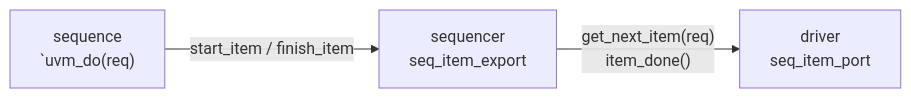
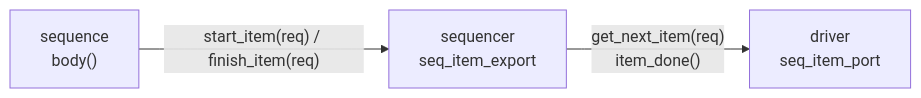
The first of 4 diagrams in docs/uvm/tlm.md (tamirgabgab/Qcom-Mentoring), drawn with Mermaid before and after one commit. The commit also changed 34 other files, not shown here.

First line of the commit message:
Docs: yapp_project tree, extern style, explicit sequences and field methods

````diff
--- a/docs/uvm/tlm.md
+++ b/docs/uvm/tlm.md
@@ -8,5 +8,5 @@
 ```mermaid
 flowchart LR
-    SEQ["sequence<br/>`uvm_do(req)"] -->|start_item / finish_item| SQR["sequencer<br/>seq_item_export"]
+    SEQ["sequence<br/>body()"] -->|"start_item(req) / finish_item(req)"| SQR["sequencer<br/>seq_item_export"]
     SQR -->|"get_next_item(req)<br/>item_done()"| DRV["driver<br/>seq_item_port"]
 ```
````
